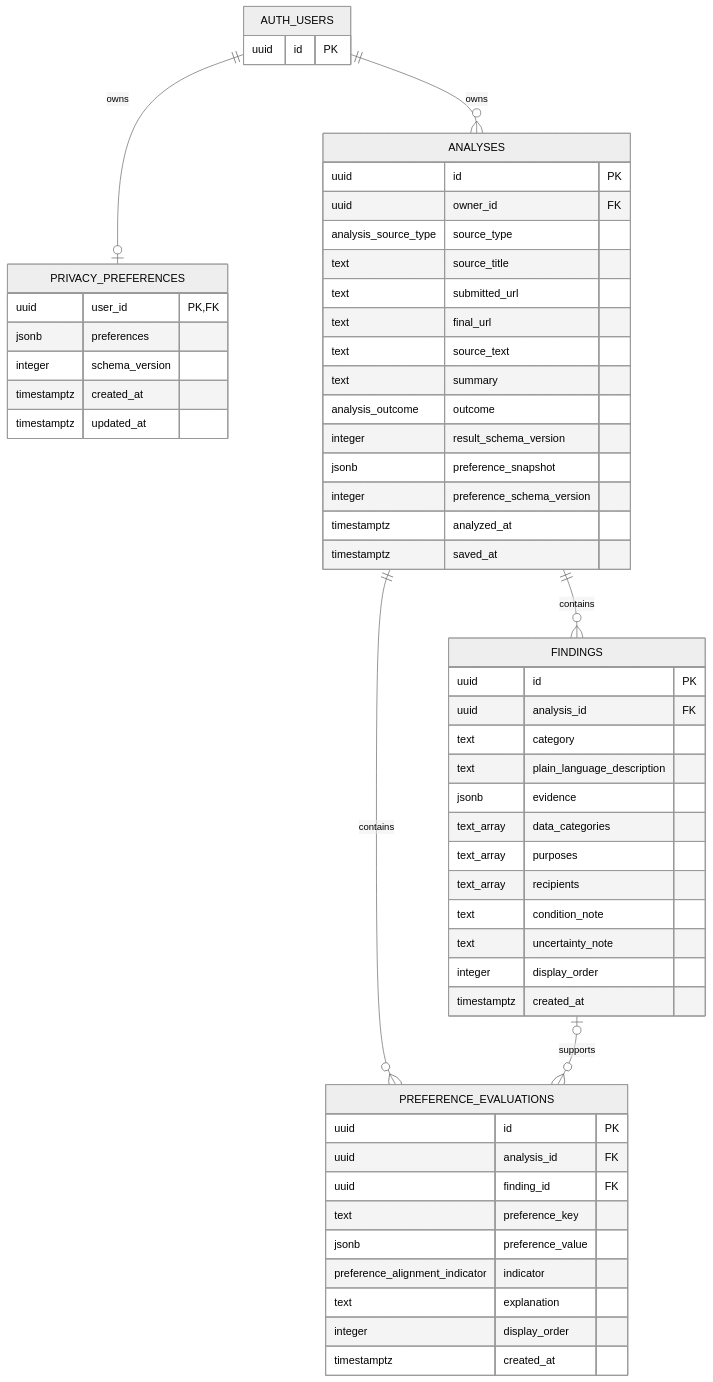
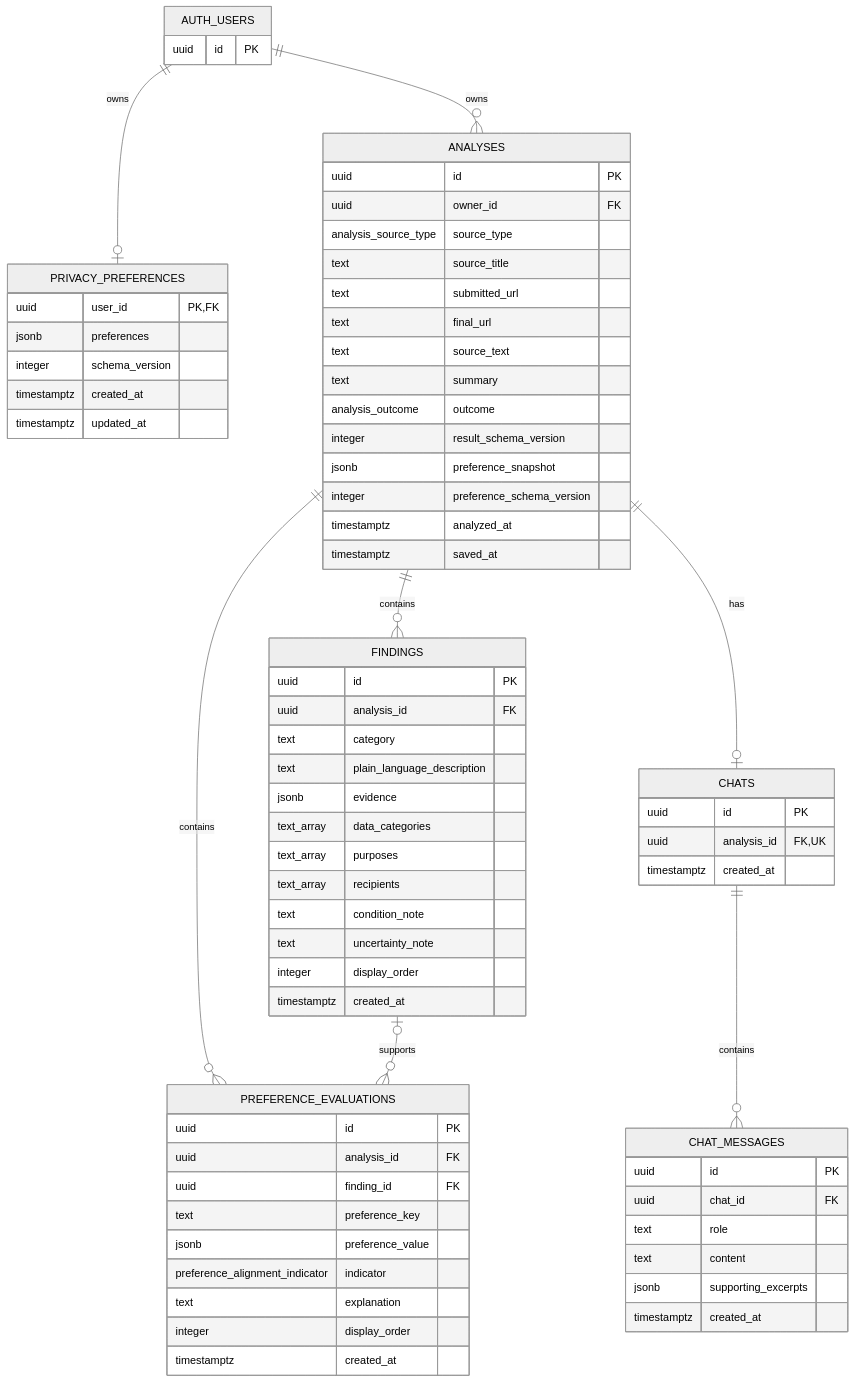
Before and after one commit to UNLV-CS472-672/2026-F-GROUP2-ClearConsent: the diagram in docs/database-design.md, drawn with Mermaid (neutral theme). The commit also changed other lines of this file and 2 other files, not shown here.

Commit message:
Add per-analysis chat history storage

````diff
--- a/docs/database-design.md
+++ b/docs/database-design.md
@@ -29,64 +29,81 @@
 ```mermaid
 erDiagram
     AUTH_USERS ||--o| PRIVACY_PREFERENCES : owns
     AUTH_USERS ||--o{ ANALYSES : owns
     ANALYSES ||--o{ FINDINGS : contains
     ANALYSES ||--o{ PREFERENCE_EVALUATIONS : contains
     FINDINGS o|--o{ PREFERENCE_EVALUATIONS : supports
+    ANALYSES ||--o| CHATS : has
+    CHATS ||--o{ CHAT_MESSAGES : contains
 
     AUTH_USERS {
         uuid id PK
     }
 
     PRIVACY_PREFERENCES {
         uuid user_id PK, FK
         jsonb preferences
         integer schema_version
         timestamptz created_at
         timestamptz updated_at
     }
 
     ANALYSES {
         uuid id PK
         uuid owner_id FK
         analysis_source_type source_type
         text source_title
         text submitted_url
         text final_url
         text source_text
         text summary
         analysis_outcome outcome
         integer result_schema_version
         jsonb preference_snapshot
         integer preference_schema_version
         timestamptz analyzed_at
         timestamptz saved_at
     }
 
     FINDINGS {
         uuid id PK
         uuid analysis_id FK
         text category
         text plain_language_description
         jsonb evidence
         text_array data_categories
         text_array purposes
         text_array recipients
         text condition_note
         text uncertainty_note
         integer display_order
         timestamptz created_at
     }
 
     PREFERENCE_EVALUATIONS {
         uuid id PK
         uuid analysis_id FK
         uuid finding_id FK
         text preference_key
         jsonb preference_value
         preference_alignment_indicator indicator
         text explanation
         integer display_order
         timestamptz created_at
     }
+
+    CHATS {
+        uuid id PK
+        uuid analysis_id FK, UK
+        timestamptz created_at
+    }
+
+    CHAT_MESSAGES {
+        uuid id PK
+        uuid chat_id FK
+        text role
+        text content
+        jsonb supporting_excerpts
+        timestamptz created_at
+    }
 ```
````
